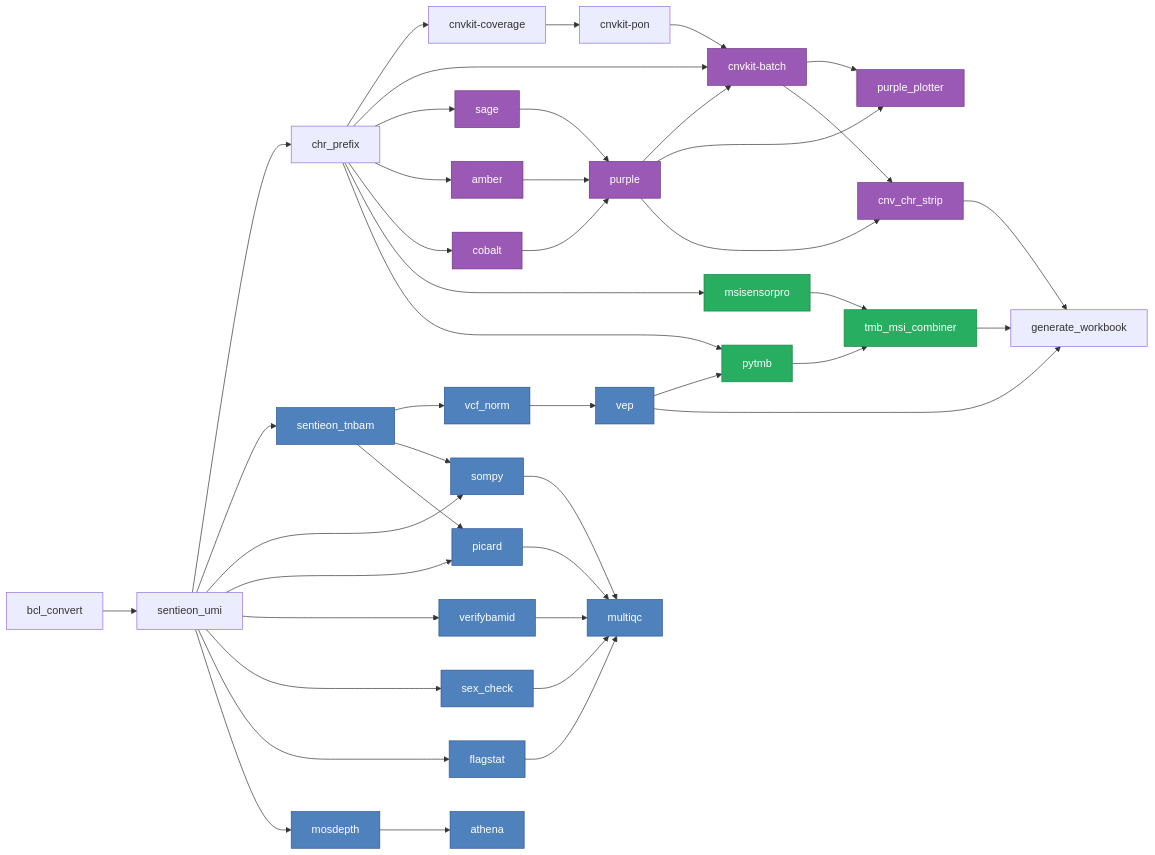
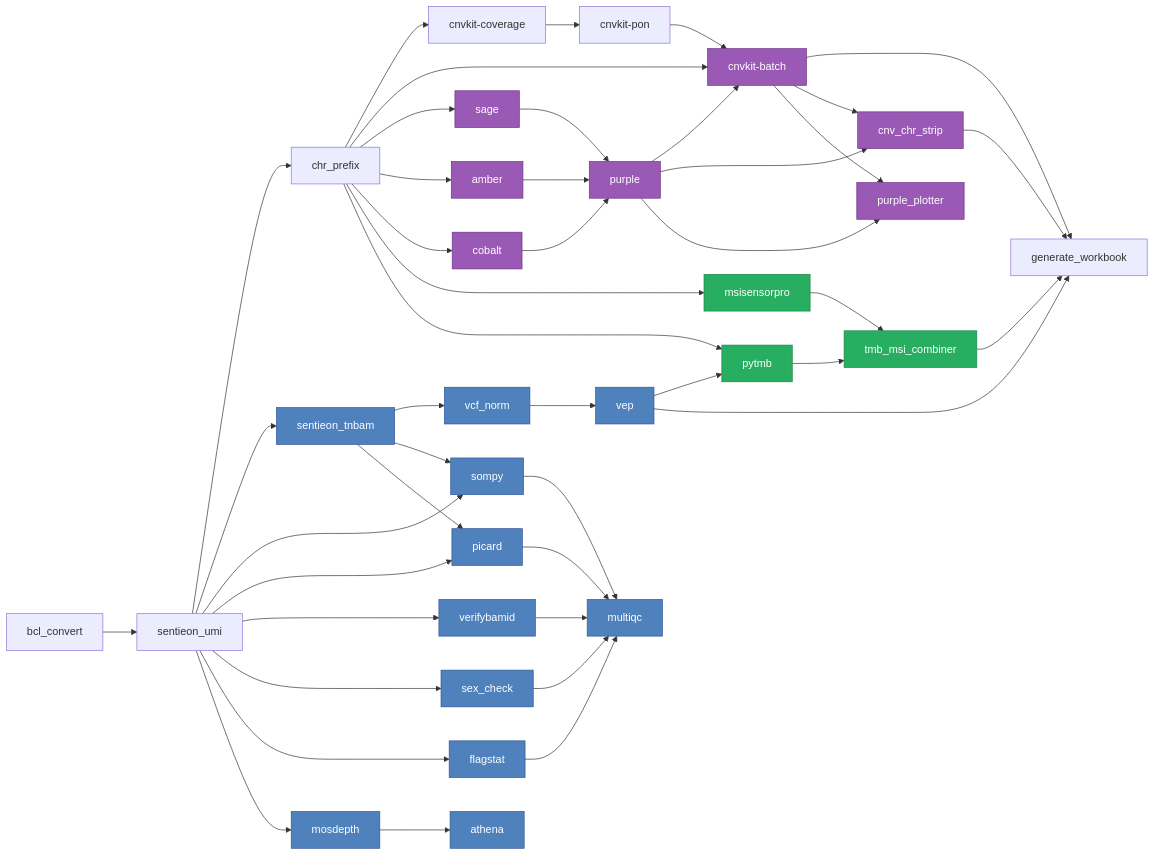
One commit to eastgenomics/atlas_pipeline_diagram changed the diagram in README.md. Above: the diagram before and after it, drawn with Mermaid.

Commit message:
add link between cnvkit -> generateworkbook, reorder to reduce line crossover

````diff
--- a/README.md
+++ b/README.md
@@ -11,54 +11,55 @@
 ```mermaid
 flowchart LR
     bcl_convert --> sentieon_umi
     sentieon_umi --> chr_prefix
 
     %% CNVs
     chr_prefix --> cnvkit_coverage[cnvkit-coverage]
     cnvkit_coverage --> cnvkit_pon[cnvkit-pon]
     chr_prefix --> cnvkit_batch[cnvkit-batch]
     cnvkit_pon --> cnvkit_batch
     chr_prefix --> sage
     chr_prefix --> amber
     chr_prefix --> cobalt
     sage --> purple
     amber --> purple
     cobalt --> purple
     purple --> cnvkit_batch
+    purple --> cnv_chr_strip
+    cnvkit_batch --> generate_workbook
+    cnv_chr_strip --> generate_workbook
+    cnvkit_batch --> cnv_chr_strip
     purple --> purple_plotter
     cnvkit_batch --> purple_plotter
-    purple --> cnv_chr_strip
-    cnvkit_batch --> cnv_chr_strip
-    cnv_chr_strip --> generate_workbook
     
     %% TMB and MSI
     chr_prefix --> msisensorpro
     msisensorpro --> tmb_msi_combiner
     chr_prefix --> pytmb
     vep --> pytmb
     pytmb --> tmb_msi_combiner
     tmb_msi_combiner --> generate_workbook
 
     %% Main workflow - SNVs and QC
     sentieon_umi --> sentieon_tnbam
     sentieon_tnbam --> vcf_norm --> vep --> generate_workbook
     sentieon_tnbam --> sompy
     sompy --> multiqc
     sentieon_tnbam --> picard
     picard --> multiqc
     sentieon_umi --> sompy
     sentieon_umi --> picard
     sentieon_umi --> verifybamid --> multiqc
     sentieon_umi --> sex_check --> multiqc
     sentieon_umi --> flagstat --> multiqc
     sentieon_umi --> mosdepth --> athena
 
     %% Colour coding
     class sentieon_tnbam,vcf_norm,vep,sompy,picard,multiqc,verifybamid,sex_check,flagstat,mosdepth,athena main;
     class sage,amber,cobalt,purple,cnvkit_batch,cnv_chr_strip,purple_plotter cnv;
     class pytmb,msisensorpro,tmb_msi_combiner msi;
 
     classDef main fill:#4f81bd,stroke:#2f5597,color:#fff;
     classDef cnv fill:#9b59b6,stroke:#6c3483,color:#fff;
     classDef msi fill:#27ae60,stroke:#1e8449,color:#fff;
 ```
````
